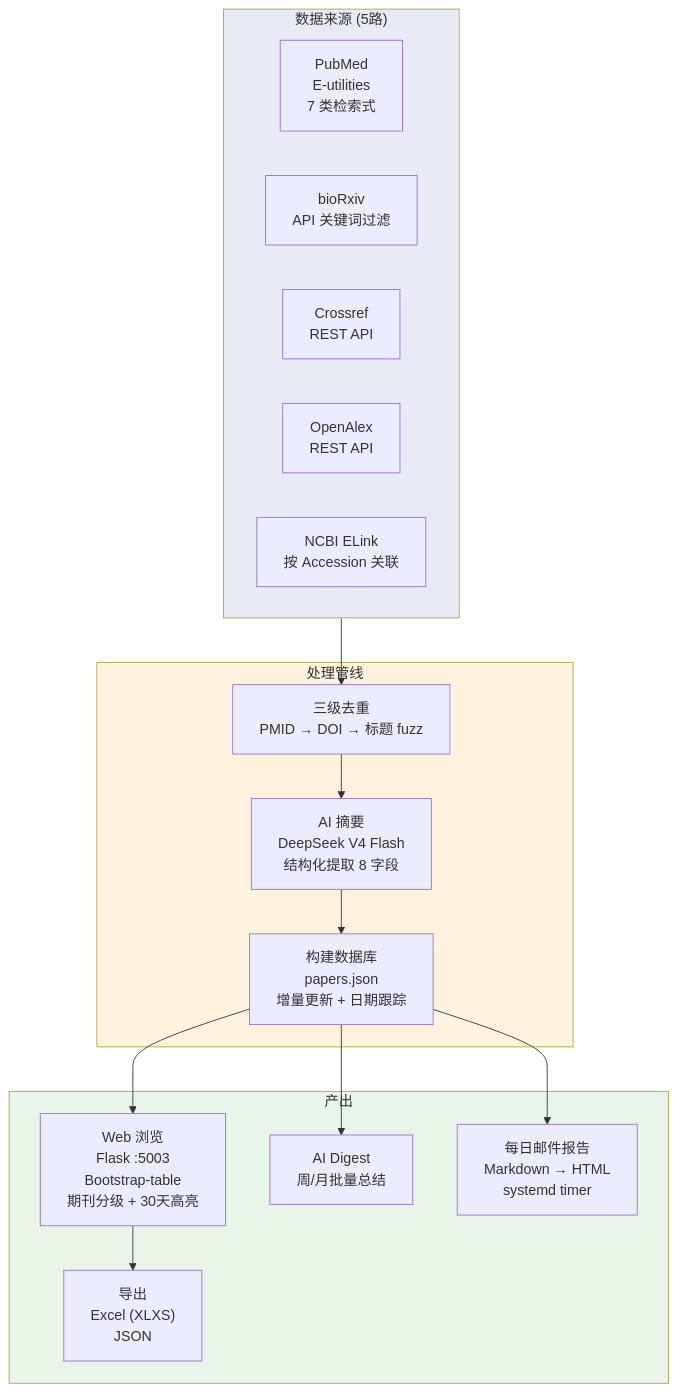
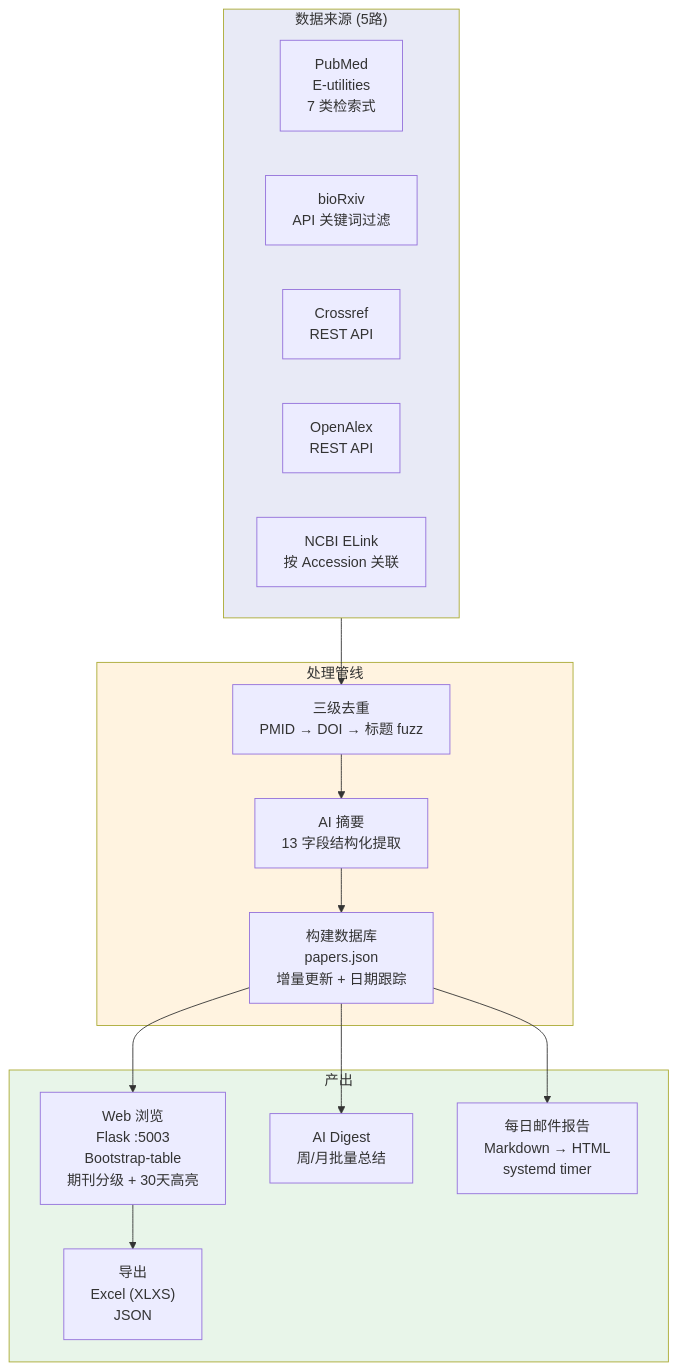
The diagram in 7.literature_tracker/README.md (zhangwenda0518/plant_virus_db_pipeline), drawn with Mermaid before and after one commit. The commit also changed other lines of this file and 47 other files, not shown here.

````diff
--- a/7.literature_tracker/README.md
+++ b/7.literature_tracker/README.md
@@ -11,35 +11,35 @@
 ```mermaid
 flowchart TB
     subgraph Sources["数据来源 (5路)"]
         PUBMED["PubMed<br/>E-utilities<br/>7 类检索式"]
         BIORXIV["bioRxiv<br/>API 关键词过滤"]
         CROSSREF["Crossref<br/>REST API"]
         OPENALEX["OpenAlex<br/>REST API"]
         LINKED["NCBI ELink<br/>按 Accession 关联"]
     end
 
     subgraph Pipeline["处理管线"]
         DEDUP["三级去重<br/>PMID → DOI → 标题 fuzz"]
-        DIGEST["AI 摘要<br/>DeepSeek V4 Flash<br/>结构化提取 8 字段"]
+        DIGEST["AI 摘要<br/>13 字段结构化提取"]
         BUILD["构建数据库<br/>papers.json<br/>增量更新 + 日期跟踪"]
     end
 
     subgraph Delivery["产出"]
         WEB["Web 浏览<br/>Flask :5003<br/>Bootstrap-table<br/>期刊分级 + 30天高亮"]
         DIGEST_AI["AI Digest<br/>周/月批量总结"]
         DAILY["每日邮件报告<br/>Markdown → HTML<br/>systemd timer"]
         EXPORT["导出<br/>Excel (XLXS)<br/>JSON"]
     end
 
     Sources --> DEDUP
     DEDUP --> DIGEST
     DIGEST --> BUILD
     BUILD --> WEB
     BUILD --> DIGEST_AI
     BUILD --> DAILY
     WEB --> EXPORT
 
     style Sources fill:#e8eaf6
     style Pipeline fill:#fff3e0
     style Delivery fill:#e8f5e9
 ```
````
